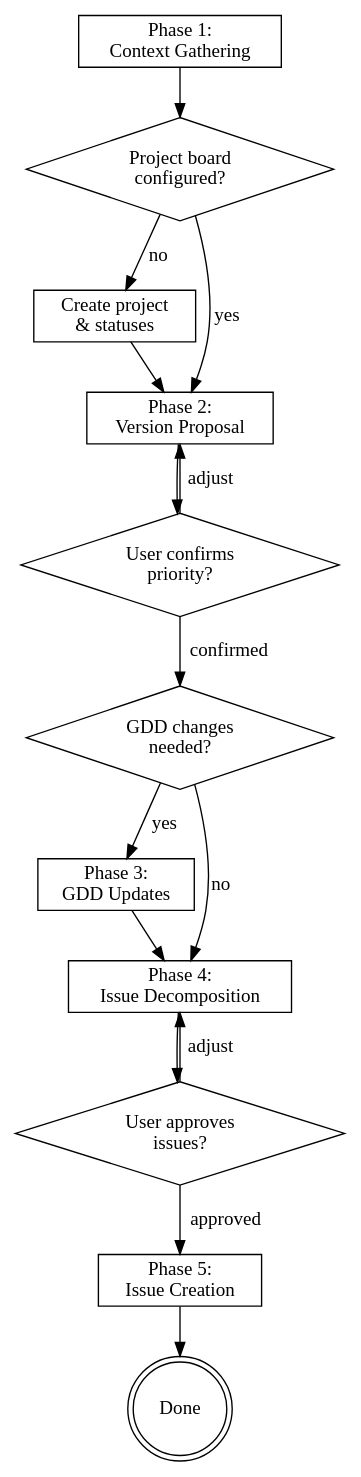
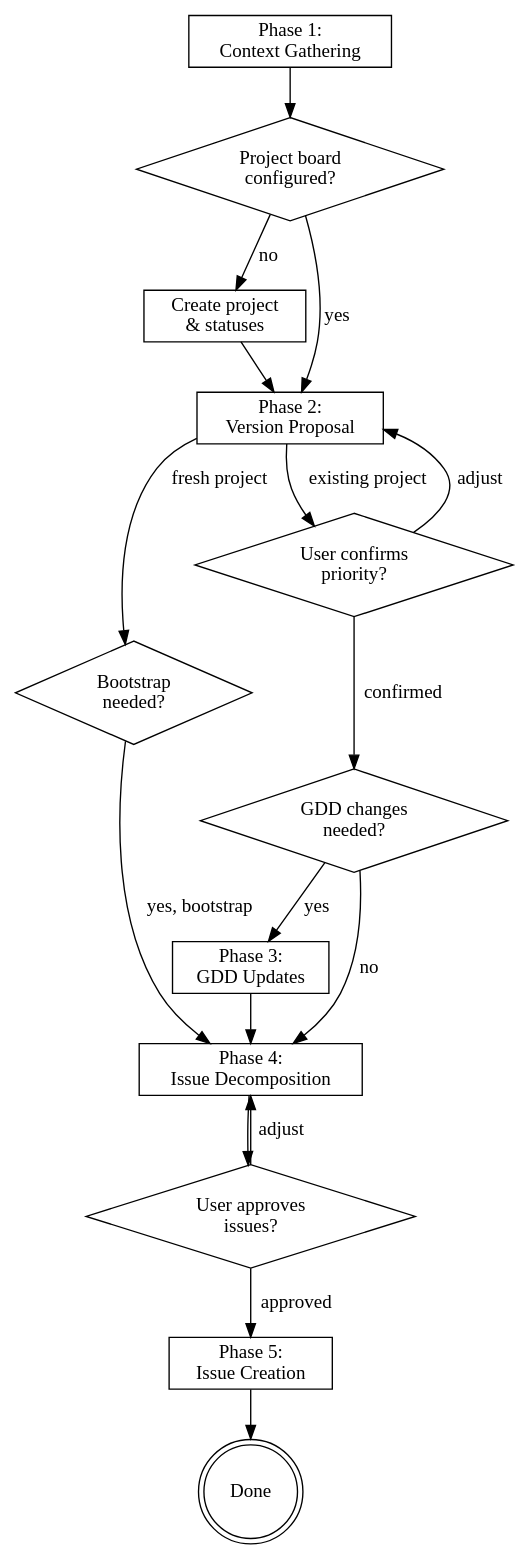
Before and after one commit to BryGo1995/playbook: the diagram in skills/gameplan/SKILL.md, drawn with Graphviz.

Commit message:
fix: update gameplan flow diagram for bootstrap path

````diff
--- a/skills/gameplan/SKILL.md
+++ b/skills/gameplan/SKILL.md
@@ -24,30 +24,33 @@
 ```dot
 digraph plan_version {
     "Phase 1:\nContext Gathering" [shape=box];
     "Project board\nconfigured?" [shape=diamond];
     "Create project\n& statuses" [shape=box];
     "Phase 2:\nVersion Proposal" [shape=box];
+    "Bootstrap\nneeded?" [shape=diamond];
     "User confirms\npriority?" [shape=diamond];
     "GDD changes\nneeded?" [shape=diamond];
     "Phase 3:\nGDD Updates" [shape=box];
     "Phase 4:\nIssue Decomposition" [shape=box];
     "User approves\nissues?" [shape=diamond];
     "Phase 5:\nIssue Creation" [shape=box];
     "Done" [shape=doublecircle];
 
     "Phase 1:\nContext Gathering" -> "Project board\nconfigured?";
     "Project board\nconfigured?" -> "Create project\n& statuses" [label="no"];
     "Project board\nconfigured?" -> "Phase 2:\nVersion Proposal" [label="yes"];
     "Create project\n& statuses" -> "Phase 2:\nVersion Proposal";
-    "Phase 2:\nVersion Proposal" -> "User confirms\npriority?";
+    "Phase 2:\nVersion Proposal" -> "Bootstrap\nneeded?" [label="fresh project"];
+    "Bootstrap\nneeded?" -> "Phase 4:\nIssue Decomposition" [label="yes, bootstrap"];
+    "Phase 2:\nVersion Proposal" -> "User confirms\npriority?" [label="existing project"];
     "User confirms\npriority?" -> "Phase 2:\nVersion Proposal" [label="adjust"];
     "User confirms\npriority?" -> "GDD changes\nneeded?" [label="confirmed"];
     "GDD changes\nneeded?" -> "Phase 3:\nGDD Updates" [label="yes"];
     "GDD changes\nneeded?" -> "Phase 4:\nIssue Decomposition" [label="no"];
     "Phase 3:\nGDD Updates" -> "Phase 4:\nIssue Decomposition";
     "Phase 4:\nIssue Decomposition" -> "User approves\nissues?";
     "User approves\nissues?" -> "Phase 4:\nIssue Decomposition" [label="adjust"];
     "User approves\nissues?" -> "Phase 5:\nIssue Creation" [label="approved"];
     "Phase 5:\nIssue Creation" -> "Done";
 }
 ```
````
